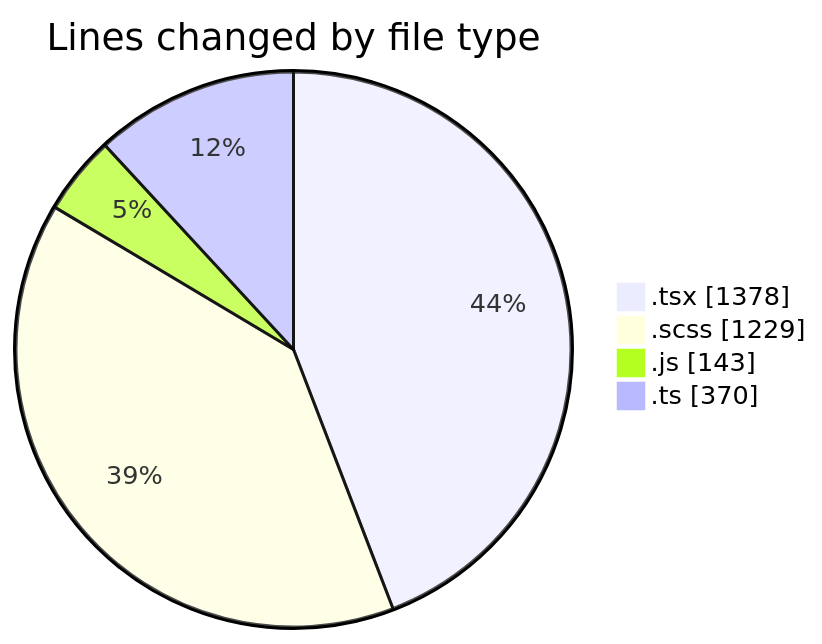
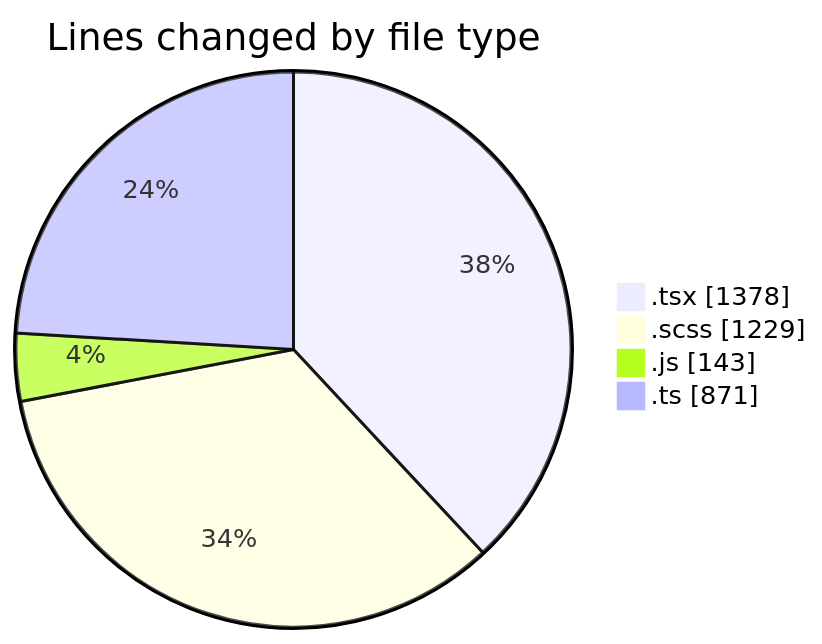
The first of 2 diagrams in 2026-03-25/cda/README.md (momahboobian/code-tracking), drawn with Mermaid before and after one commit. The commit also changed other lines of this file and 1 other file, not shown here.

````diff
--- a/2026-03-25/cda/README.md
+++ b/2026-03-25/cda/README.md
@@ -23,8 +24,8 @@
 ```mermaid
 pie showData
 title Lines changed by file type
 ".tsx" : 1378
 ".scss" : 1229
 ".js" : 143
-".ts" : 370
+".ts" : 871
 ```
````
